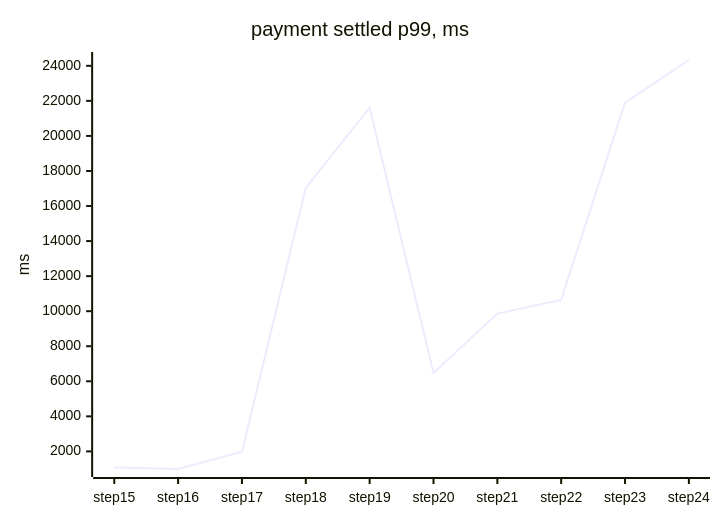
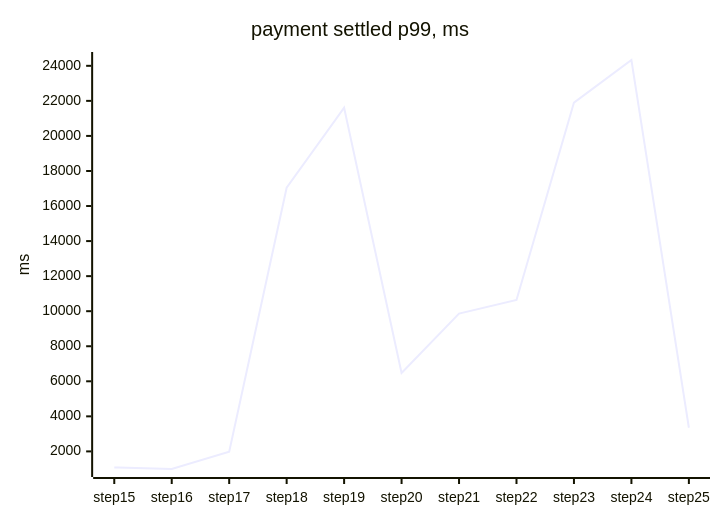
One commit to tanvoid0/ledgerflow changed the fourth of 4 diagrams in docs/perf/README.md. Above: the diagram before and after it, drawn with Mermaid. The commit also changed other lines of this file and 7 other files, not shown here.

````diff
--- a/docs/perf/README.md
+++ b/docs/perf/README.md
@@ -108,7 +111,7 @@
 ```mermaid
 xychart-beta
     title "payment settled p99, ms"
-    x-axis ["step15", "step16", "step17", "step18", "step19", "step20", "step21", "step22", "step23", "step24"]
+    x-axis ["step15", "step16", "step17", "step18", "step19", "step20", "step21", "step22", "step23", "step24", "step25"]
     y-axis "ms"
-    line [1088, 996, 1982, 17042, 21606, 6472, 9862, 10643, 21902, 24332]
+    line [1088, 996, 1982, 17042, 21606, 6472, 9862, 10643, 21902, 24332, 3351]
 ```
````
